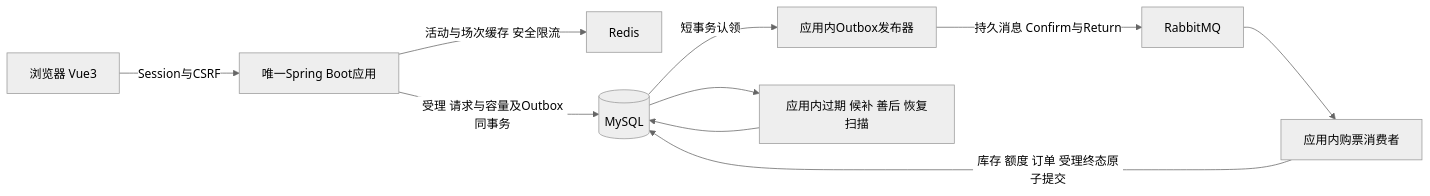
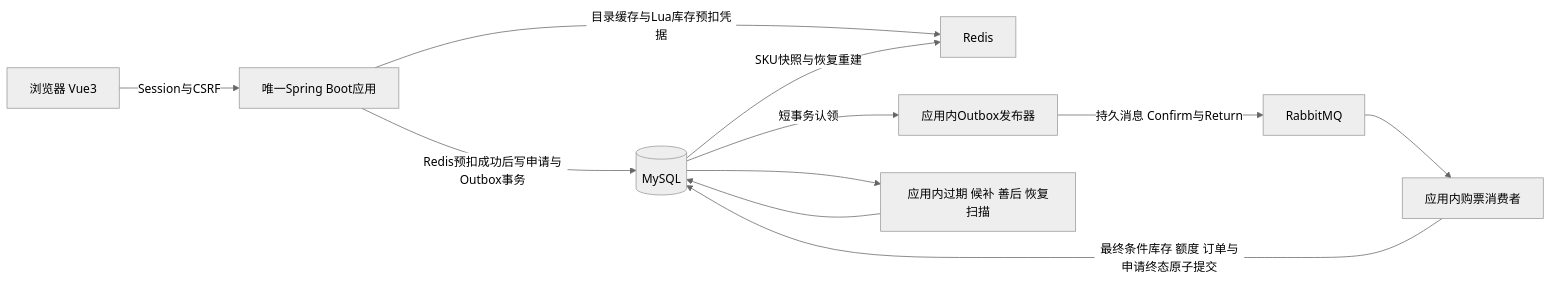
Before and after one commit to WGMJJM/ticketing: the diagram in docs/00-project-overview.md, drawn with Mermaid (neutral theme). The commit also changed other lines of this file and 5 other files, not shown here.

````diff
--- a/docs/00-project-overview.md
+++ b/docs/00-project-overview.md
@@ -5,12 +5,13 @@
 ```mermaid
 flowchart LR
     U[浏览器 Vue3] -->|Session与CSRF| A[唯一Spring Boot应用]
-    A -->|活动与场次缓存 安全限流| R[Redis]
-    A -->|受理 请求与容量及Outbox同事务| D[(MySQL)]
+    A -->|目录缓存与Lua库存预扣凭据| R[Redis]
+    A -->|Redis预扣成功后写申请与Outbox事务| D[(MySQL)]
+    D -->|SKU快照与恢复重建| R
     D -->|短事务认领| P[应用内Outbox发布器]
     P -->|持久消息 Confirm与Return| Q[RabbitMQ]
     Q --> C[应用内购票消费者]
-    C -->|库存 额度 订单 受理终态原子提交| D
+    C -->|最终条件库存 额度 订单与申请终态原子提交| D
     D --> S[应用内过期 候补 善后 恢复扫描]
     S --> D
 ```
````
